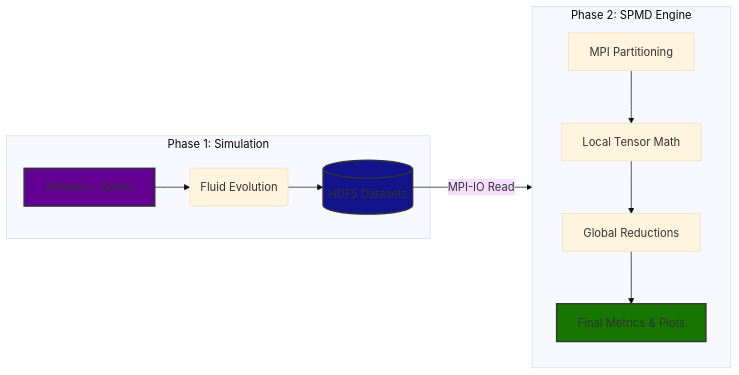
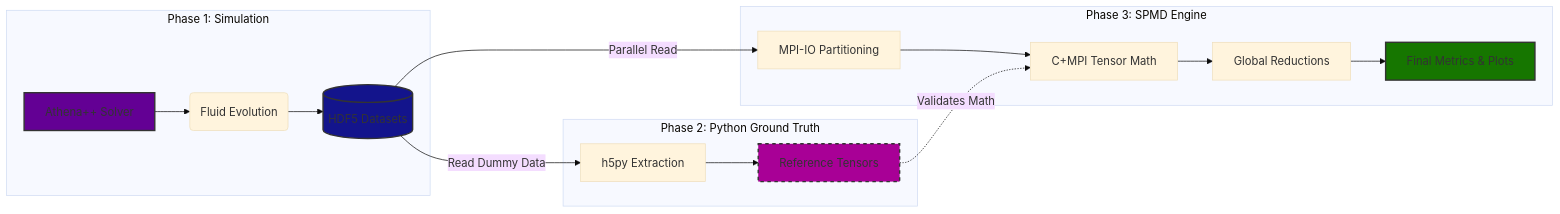
The diagram in README.md (junie-marie/tensor-analysis-for-grmhd), drawn with Mermaid (base theme) before and after one commit.

Commit message:
Updated system architecture

````diff
--- a/README.md
+++ b/README.md
@@ -12,22 +12,30 @@
 ```mermaid
 flowchart LR
     subgraph Phase1 [Phase 1: Simulation]
         A[Athena++ Solver] --> B(Fluid Evolution)
         B --> C[(HDF5 Datasets)]
     end
 
-    subgraph Phase2 [Phase 2: SPMD Engine]
-        direction TD
-        D[MPI Partitioning] --> E[Local Tensor Math]
+    subgraph Validation [Phase 2: Python Ground Truth]
+        P1[h5py Extraction] --> P2[Reference Tensors]
+    end
+
+    subgraph Phase3 [Phase 3: SPMD Engine]
+        D[MPI-IO Partitioning] --> E[C+MPI Tensor Math]
         E --> F[Global Reductions]
         F --> G[Final Metrics & Plots]
     end
 
-    %% The Bridge
-    C -->|MPI-IO Read| D
+    %% Data Flow Connections
+    C -->|Read Dummy Data| P1
+    C -->|Parallel Read| D
+    
+    %% Validation Connection (Dotted Line)
+    P2 -.->|Validates Math| E
 
     %% Styling
     style A fill:#630094,stroke:#333,stroke-width:2px
     style C fill:#13148c,stroke:#333,stroke-width:2px
+    style P2 fill:#a80096,stroke:#333,stroke-width:2px,stroke-dasharray: 5 5
     style G fill:#167600,stroke:#333,stroke-width:2px
 ```
````
